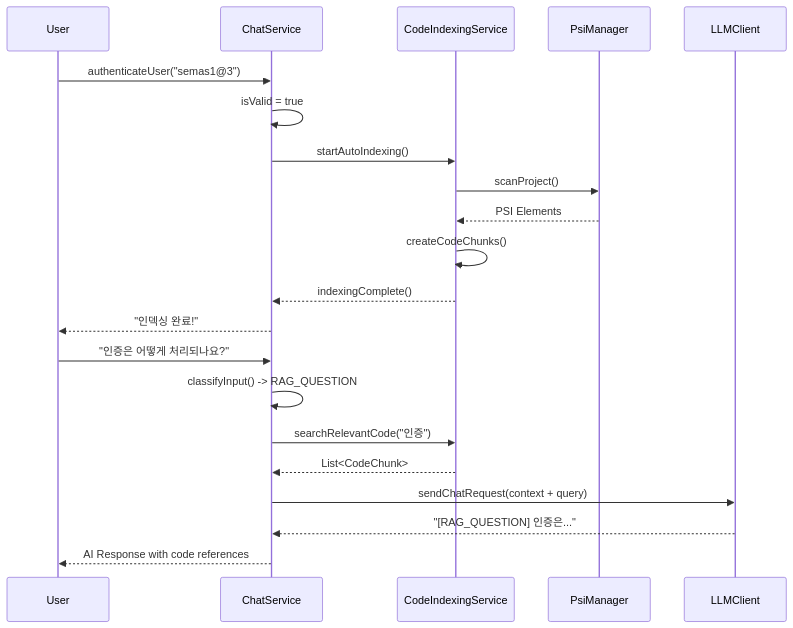
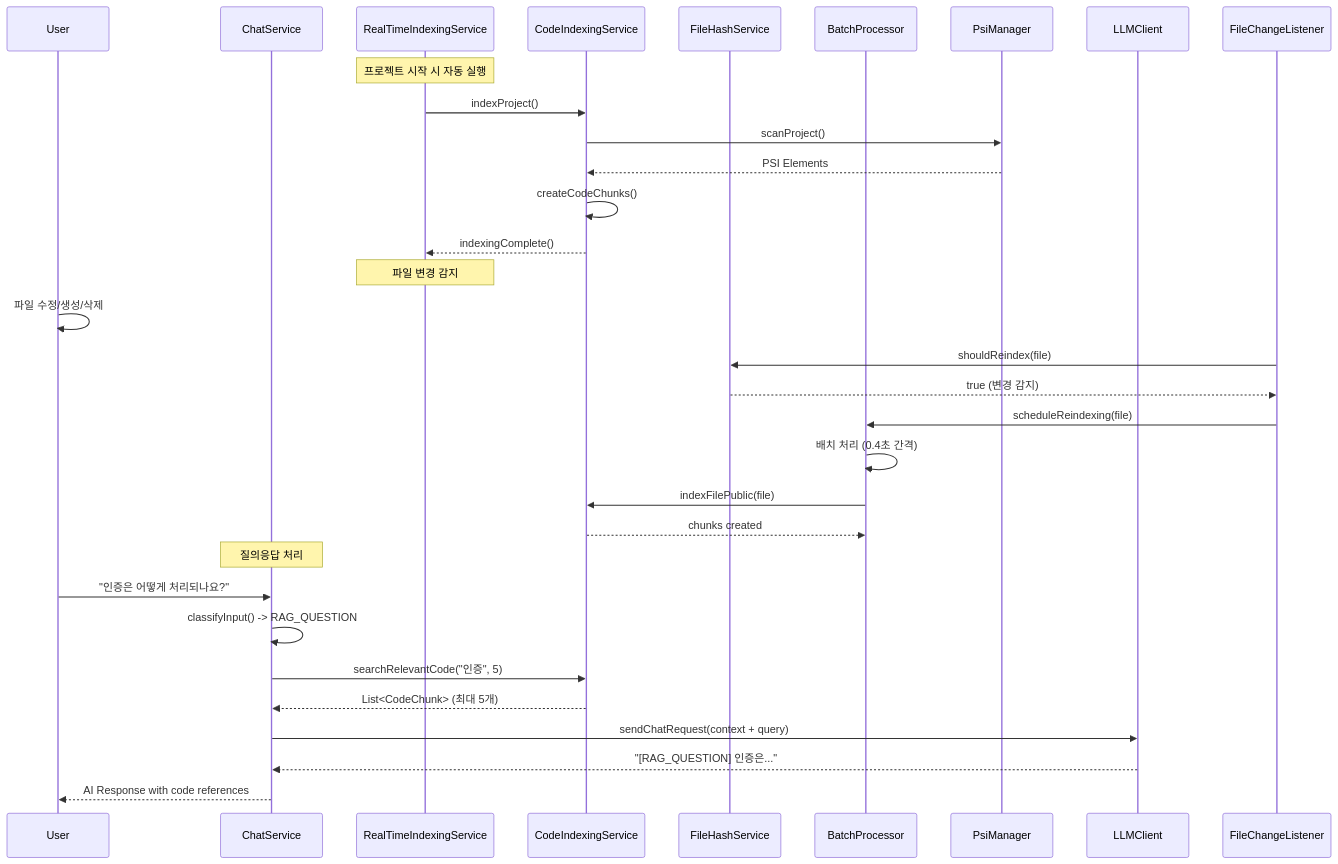
The diagram in README.md (devjeong/semasChatbot), drawn with Mermaid before and after one commit. The commit also changed other lines of this file and 26 other files, not shown here.

````diff
--- a/README.md
+++ b/README.md
@@ -409,25 +518,36 @@
 ```mermaid
 sequenceDiagram
     participant User
     participant ChatService
+    participant RealTimeIndexingService
     participant CodeIndexingService
+    participant FileHashService
+    participant BatchProcessor
     participant PsiManager
     participant LLMClient
     
-    User->>ChatService: authenticateUser("semas1@3")
-    ChatService->>ChatService: isValid = true
-    ChatService->>CodeIndexingService: startAutoIndexing()
+    Note over RealTimeIndexingService: 프로젝트 시작 시 자동 실행
+    RealTimeIndexingService->>CodeIndexingService: indexProject()
     CodeIndexingService->>PsiManager: scanProject()
     PsiManager-->>CodeIndexingService: PSI Elements
     CodeIndexingService->>CodeIndexingService: createCodeChunks()
-    CodeIndexingService-->>ChatService: indexingComplete()
-    ChatService-->>User: "인덱싱 완료!"
+    CodeIndexingService-->>RealTimeIndexingService: indexingComplete()
     
+    Note over RealTimeIndexingService: 파일 변경 감지
+    User->>User: 파일 수정/생성/삭제
+    FileChangeListener->>FileHashService: shouldReindex(file)
+    FileHashService-->>FileChangeListener: true (변경 감지)
+    FileChangeListener->>BatchProcessor: scheduleReindexing(file)
+    BatchProcessor->>BatchProcessor: 배치 처리 (0.4초 간격)
+    BatchProcessor->>CodeIndexingService: indexFilePublic(file)
+    CodeIndexingService-->>BatchProcessor: chunks created
+    
+    Note over ChatService: 질의응답 처리
     User->>ChatService: "인증은 어떻게 처리되나요?"
     ChatService->>ChatService: classifyInput() -> RAG_QUESTION
-    ChatService->>CodeIndexingService: searchRelevantCode("인증")
-    CodeIndexingService-->>ChatService: List<CodeChunk>
+    ChatService->>CodeIndexingService: searchRelevantCode("인증", 5)
+    CodeIndexingService-->>ChatService: List<CodeChunk> (최대 5개)
     ChatService->>LLMClient: sendChatRequest(context + query)
     LLMClient-->>ChatService: "[RAG_QUESTION] 인증은..."
     ChatService-->>User: AI Response with code references
 ```
````
